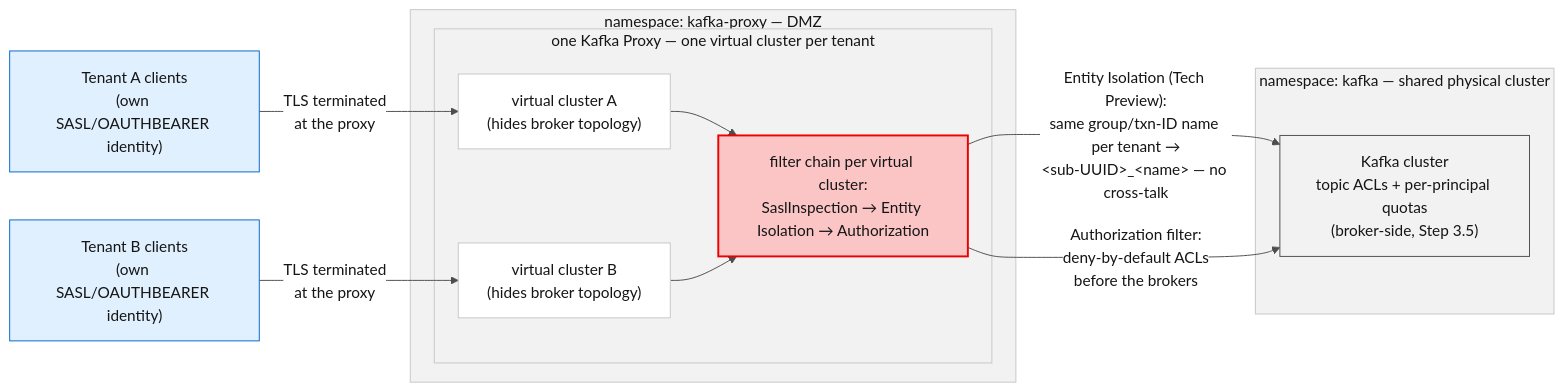
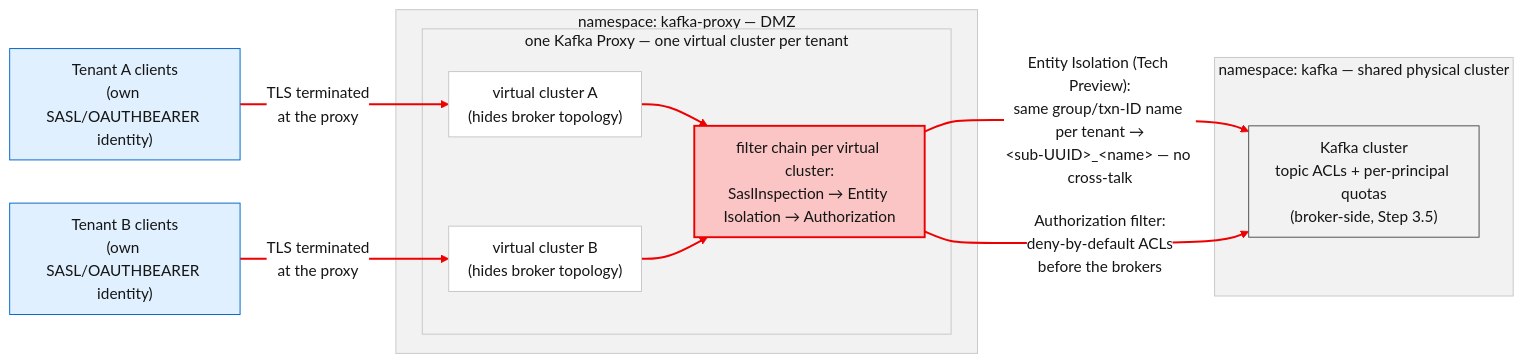
Before and after one commit to jcordes73/kafka-proxy-use-cases: the fifth of 10 diagrams in README.md, drawn with Mermaid. The commit also changed other lines of this file and 11 other files, not shown here.

````diff
--- a/README.md
+++ b/README.md
@@ -254,27 +272,30 @@
 ```mermaid
-%%{init: {"theme":"base","themeVariables":{"fontFamily":"Red Hat Text, Red Hat Display, sans-serif","primaryColor":"#FFFFFF","primaryTextColor":"#151515","primaryBorderColor":"#C7C7C7","lineColor":"#4D4D4D","secondaryColor":"#F2F2F2","tertiaryColor":"#F2F2F2","clusterBkg":"#F2F2F2","clusterBorder":"#C7C7C7","edgeLabelBackground":"#FFFFFF","titleColor":"#151515"},"sequence":{"messageMargin":12,"noteMargin":5,"boxMargin":5,"boxTextMargin":3,"bottomMarginAdj":1,"mirrorActors":false}}}%%
+%%{init: {"theme":"base","themeVariables":{"fontFamily":"Red Hat Text, Red Hat Display, sans-serif","primaryColor":"#FFFFFF","primaryTextColor":"#151515","primaryBorderColor":"#C7C7C7","lineColor":"#4D4D4D","secondaryColor":"#F2F2F2","tertiaryColor":"#F2F2F2","clusterBkg":"#F2F2F2","clusterBorder":"#C7C7C7","edgeLabelBackground":"#FFFFFF","titleColor":"#151515"},"flowchart":{"curve":"basis","nodeSpacing":45,"rankSpacing":55,"padding":10}}}%%
 flowchart LR
     TA["Tenant A clients<br/>(own SASL/OAUTHBEARER identity)"]
     TB["Tenant B clients<br/>(own SASL/OAUTHBEARER identity)"]
     subgraph proxyNs["namespace: kafka-proxy — DMZ"]
         subgraph vc["one Kafka Proxy — one virtual cluster per tenant"]
             VA["virtual cluster A<br/>(hides broker topology)"]
             VB["virtual cluster B<br/>(hides broker topology)"]
             F["filter chain per virtual cluster:<br/>SaslInspection → Entity Isolation → Authorization"]
         end
     end
     subgraph kafkaNs["namespace: kafka — shared physical cluster"]
         BK["Kafka cluster<br/>topic ACLs + per-principal quotas<br/>(broker-side, Step 3.5)"]
     end
     TA -- "TLS terminated<br/>at the proxy" --> VA
     TB -- "TLS terminated<br/>at the proxy" --> VB
     VA --> F
     VB --> F
     F -- "Entity Isolation (Tech Preview):<br/>same group/txn-ID name per tenant →<br/>&lt;sub-UUID&gt;_&lt;name&gt; — no cross-talk" --> BK
     F -- "Authorization filter:<br/>deny-by-default ACLs<br/>before the brokers" --> BK
 
-    style F fill:#FBC5C5,stroke:#EE0000,stroke-width:2px
-    style BK fill:#F2F2F2,stroke:#4D4D4D
-    style TA fill:#E0F0FF,stroke:#0066CC
-    style TB fill:#E0F0FF,stroke:#0066CC
+classDef red fill:#FBC5C5,stroke:#EE0000,stroke-width:2px
+classDef blue fill:#E0F0FF,stroke:#0066CC
+classDef gray fill:#F2F2F2,stroke:#4D4D4D
+class F red
+class TA,TB blue
+class BK gray
+linkStyle 0,1,2,3,4,5 stroke:#EE0000,stroke-width:2px
 ```
````
